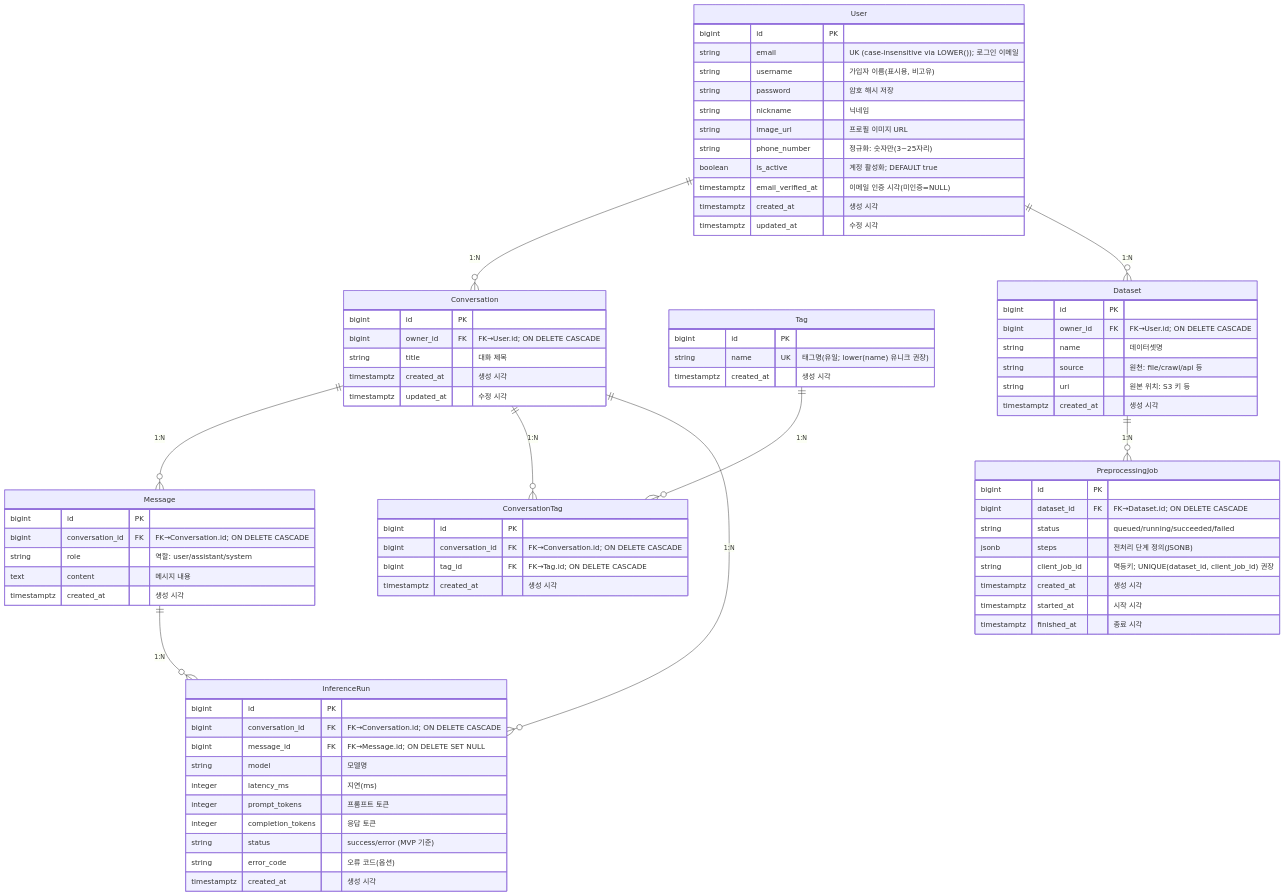
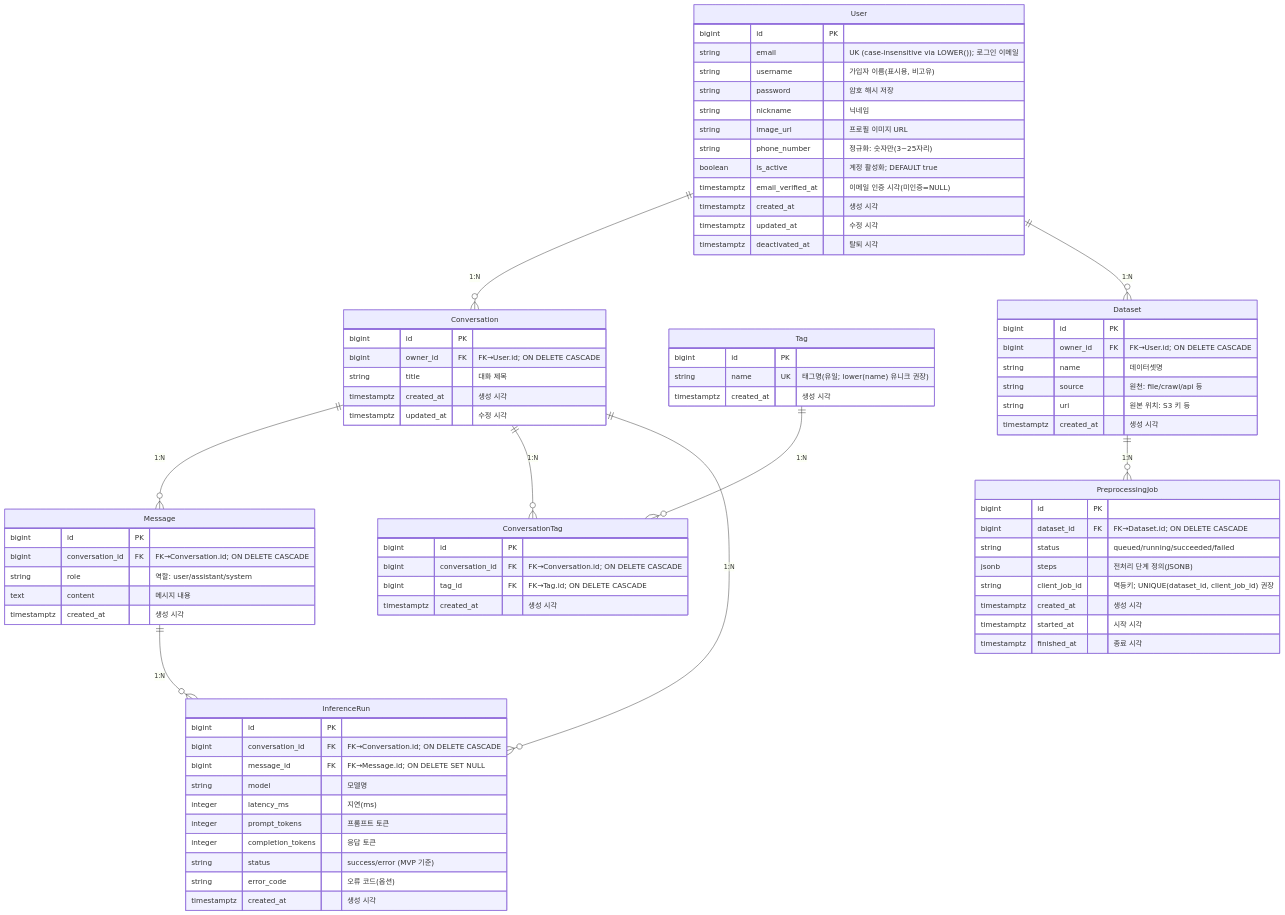
Before and after one commit to monda95/main_project_12_BE: the diagram in README.md, drawn with Mermaid. The commit also changed other lines of this file and 5 other files, not shown here.

```diff
--- a/README.md
+++ b/README.md
@@ -63,6 +134,7 @@
         timestamptz email_verified_at "이메일 인증 시각(미인증=NULL)"
         timestamptz created_at "생성 시각"
         timestamptz updated_at "수정 시각"
+        timestamptz deactivated_at "탈퇴 시각"
     }
 
     Conversation {
```
